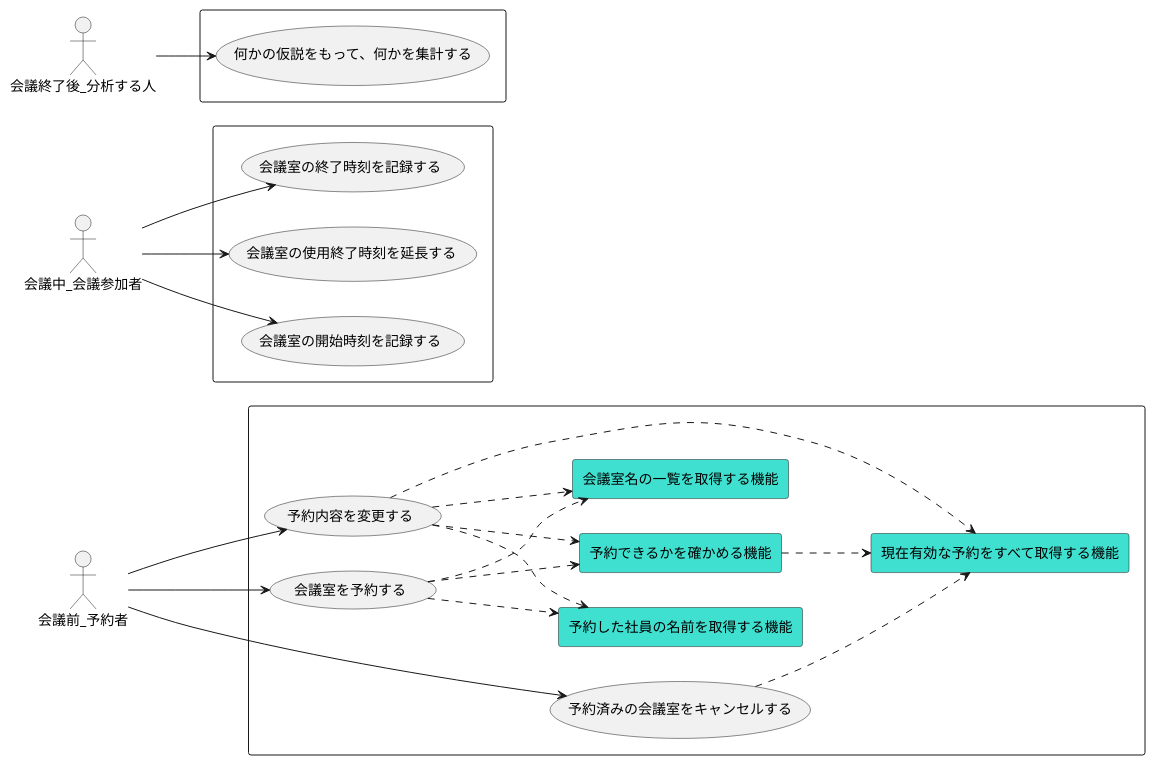
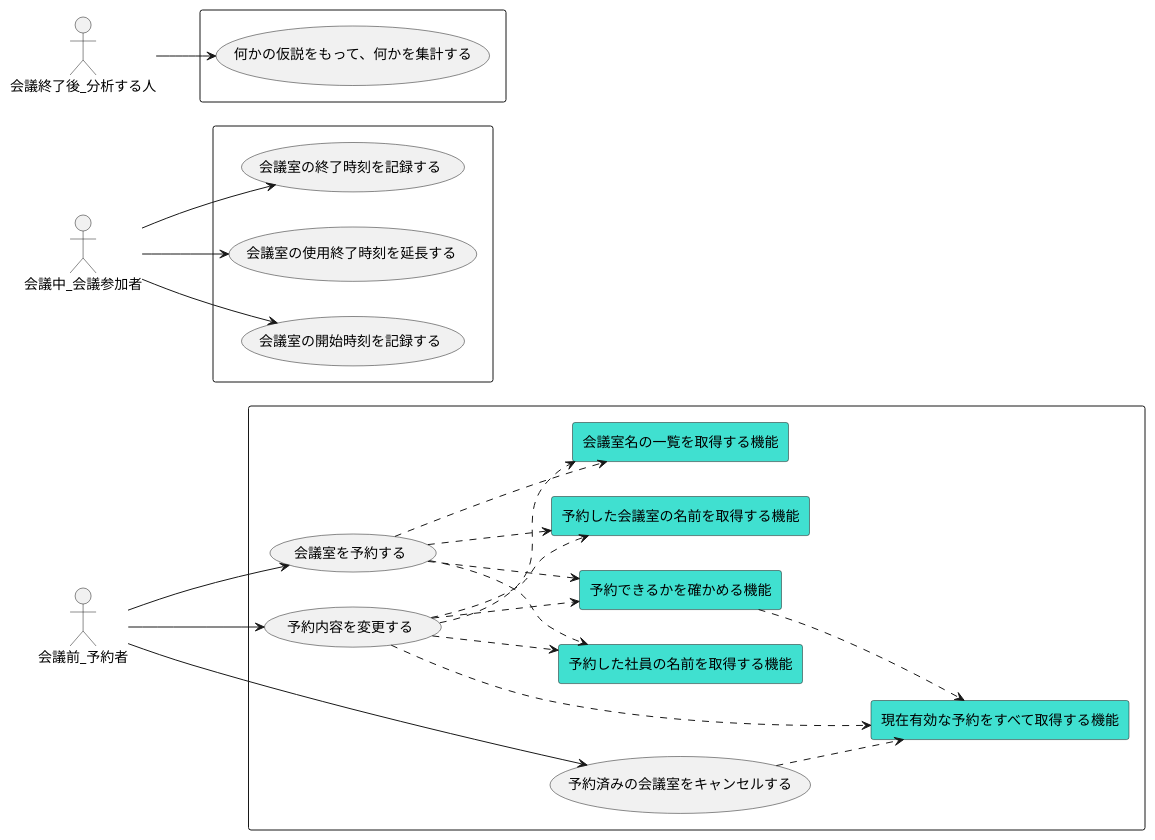
One commit to ModelingKai/meeting-room-python changed the diagram in diagram/ユースケース.puml. Above: the diagram before and after it, drawn with PlantUML.

Commit message:
サブユースケースを1個追加した

```diff
--- a/diagram/ユースケース.puml
+++ b/diagram/ユースケース.puml
@@ -1,46 +1,50 @@
 @startuml
 left to right direction
 
 actor 会議前_予約者 as a1
 actor 会議中_会議参加者  as a3
 actor 会議終了後_分析する人 as a2
 
 
 rectangle {
     usecase 会議室を予約する as ReservationUseCase
 
     agent 会議室名の一覧を取得する機能 as FindAllMeetingRoom #Turquoise
     agent 予約した社員の名前を取得する機能 as FindEmployee #Turquoise
     agent 現在有効な予約をすべて取得する機能 as FindAvailableReservations #Turquoise
     agent 予約できるかを確かめる機能 as ReservationDomainServiceCanNotReserve #Turquoise
+    agent 予約した会議室の名前を取得する機能 as FindMeetingRoom #Turquoise
 
     a1 --> (ReservationUseCase)
     ReservationUseCase ..> FindAllMeetingRoom
     ReservationUseCase ..> FindEmployee
     ReservationUseCase ..> ReservationDomainServiceCanNotReserve
+    ReservationUseCase ..> FindMeetingRoom
 
     usecase 予約内容を変更する as ChangeReservationUseCase
     a1 --> ChangeReservationUseCase
     ChangeReservationUseCase ..> FindAllMeetingRoom
     ChangeReservationUseCase ..> FindEmployee
     ChangeReservationUseCase ..> FindAvailableReservations
     ChangeReservationUseCase ..> ReservationDomainServiceCanNotReserve
+    ChangeReservationUseCase ..> FindMeetingRoom
+
 
     usecase 予約済みの会議室をキャンセルする as CancelMeetingRoomUsecase
     a1 --> CancelMeetingRoomUsecase
     CancelMeetingRoomUsecase ..>  FindAvailableReservations
 
     ReservationDomainServiceCanNotReserve ..> FindAvailableReservations
 }
 
 rectangle {
     a2 --> (何かの仮説をもって、何かを集計する)
 }
 
 rectangle {
     a3 --> (会議室の開始時刻を記録する)
     a3 --> (会議室の終了時刻を記録する)
     a3 --> (会議室の使用終了時刻を延長する)
 }
 
 @enduml
```
